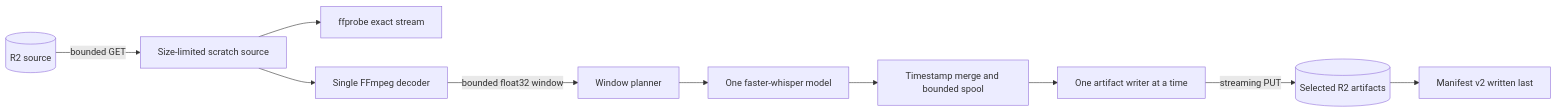
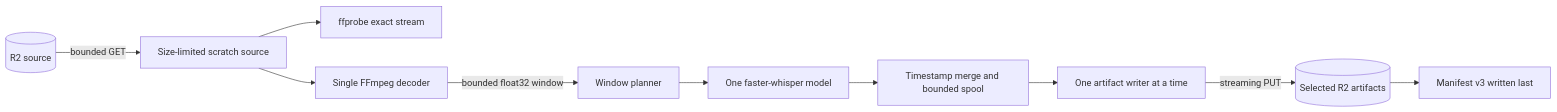
Before and after one commit to hiro88hyo/scribe-drop: the diagram in docs/bounded-memory-transcription-design.md, drawn with Mermaid. The commit also changed other lines of this file and 51 other files, not shown here.

````diff
--- a/docs/bounded-memory-transcription-design.md
+++ b/docs/bounded-memory-transcription-design.md
@@ -59,12 +59,12 @@
 ```mermaid
 flowchart LR
   R2[(R2 source)] -->|bounded GET| S[Size-limited scratch source]
   S --> P[ffprobe exact stream]
   S --> F[Single FFmpeg decoder]
   F -->|bounded float32 window| W[Window planner]
   W --> T[One faster-whisper model]
   T --> M[Timestamp merge and bounded spool]
   M --> A[One artifact writer at a time]
   A -->|streaming PUT| O[(Selected R2 artifacts)]
-  O --> X[Manifest v2 written last]
+  O --> X[Manifest v3 written last]
 ```
````
